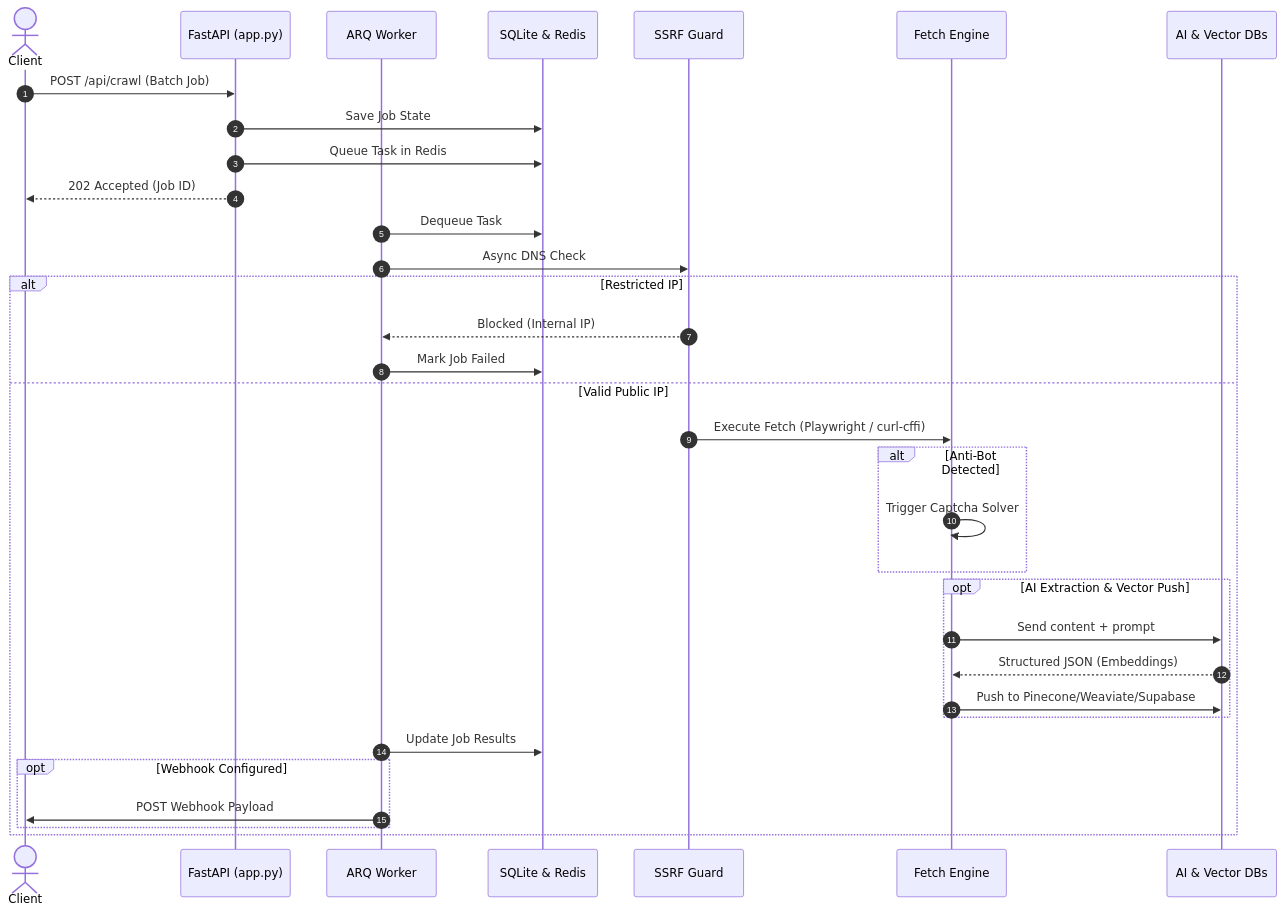
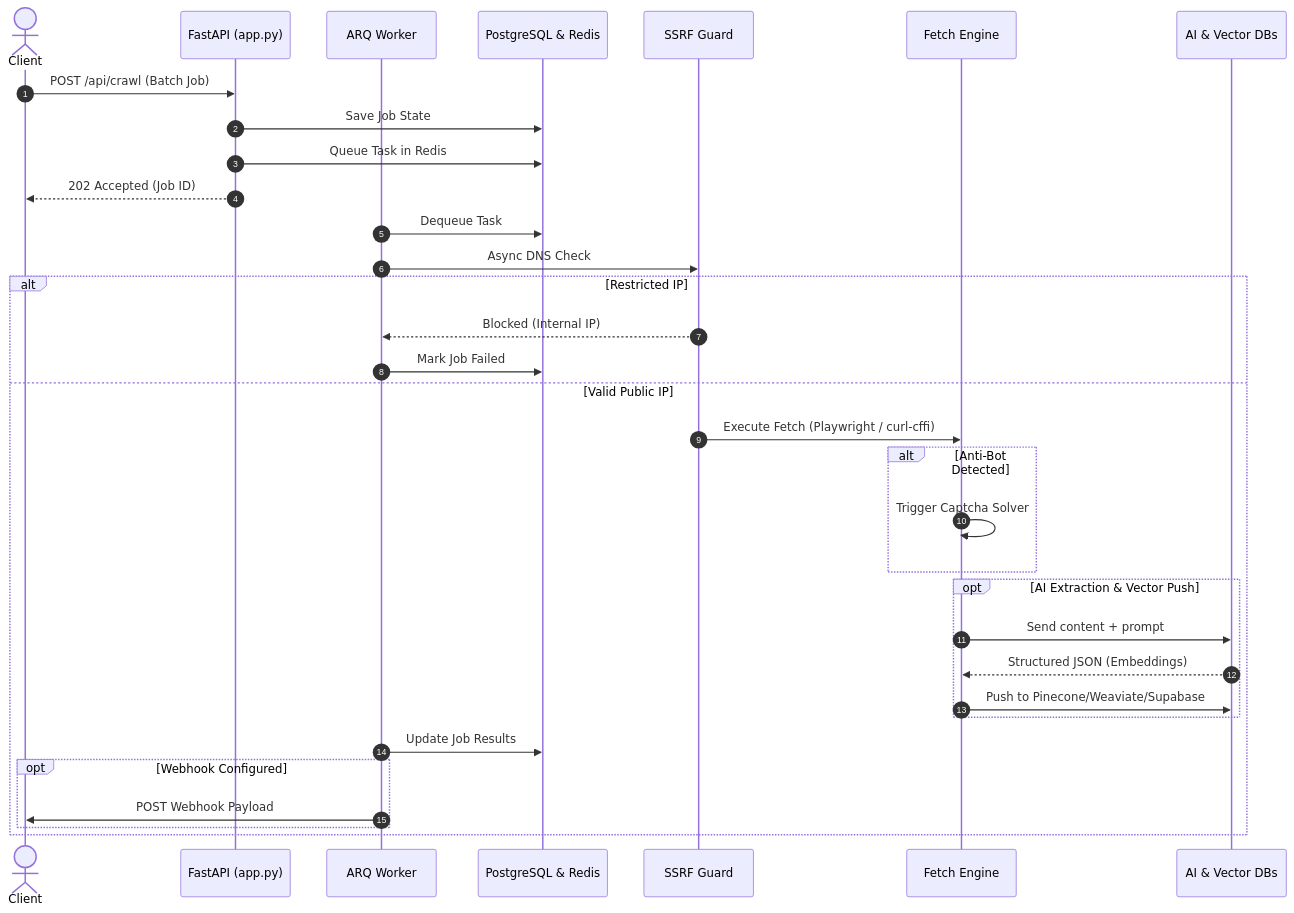
Before and after one commit to Tejas3479/crawlix: the second of 2 diagrams in README.md, drawn with Mermaid. The commit also changed other lines of this file and 2 other files, not shown here.

Commit message:
fix(infra): replace SQLite with PostgreSQL for multi-process safety
- Add PostgreSQL 16 service with health check to docker-compose.yml
- Both web and worker now use postgresql+asyncpg:// connection string
- Add production pool settings (pool_size=10, max_overflow=20, pool_pre_ping)
- Services wait for PostgreSQL health check before starting
- Update README architecture diagrams to reflect PostgreSQL
- data_volume retained for batch export files
- asyncpg was already in requirements.txt
- SQLite fallback preserved for local dev (DATABASE_URL default)

````diff
--- a/README.md
+++ b/README.md
@@ -221,41 +221,41 @@
 ```mermaid
 sequenceDiagram
     autonumber
     actor Client
     participant API as FastAPI (app.py)
     participant Worker as ARQ Worker
-    participant DB as SQLite & Redis
+    participant DB as PostgreSQL & Redis
     participant Guard as SSRF Guard
     participant Engine as Fetch Engine
     participant AI as AI & Vector DBs
 
     Client->>API: POST /api/crawl (Batch Job)
     API->>DB: Save Job State
     API->>DB: Queue Task in Redis
     API-->>Client: 202 Accepted (Job ID)
     
     Worker->>DB: Dequeue Task
     Worker->>Guard: Async DNS Check
     
     alt Restricted IP
         Guard-->>Worker: Blocked (Internal IP)
         Worker->>DB: Mark Job Failed
     else Valid Public IP
         Guard->>Engine: Execute Fetch (Playwright / curl-cffi)
         
         alt Anti-Bot Detected
             Engine->>Engine: Trigger Captcha Solver
         end
         
         opt AI Extraction & Vector Push
             Engine->>AI: Send content + prompt
             AI-->>Engine: Structured JSON (Embeddings)
             Engine->>AI: Push to Pinecone/Weaviate/Supabase
         end
         
         Worker->>DB: Update Job Results
         opt Webhook Configured
             Worker->>Client: POST Webhook Payload
         end
     end
 ```
````
